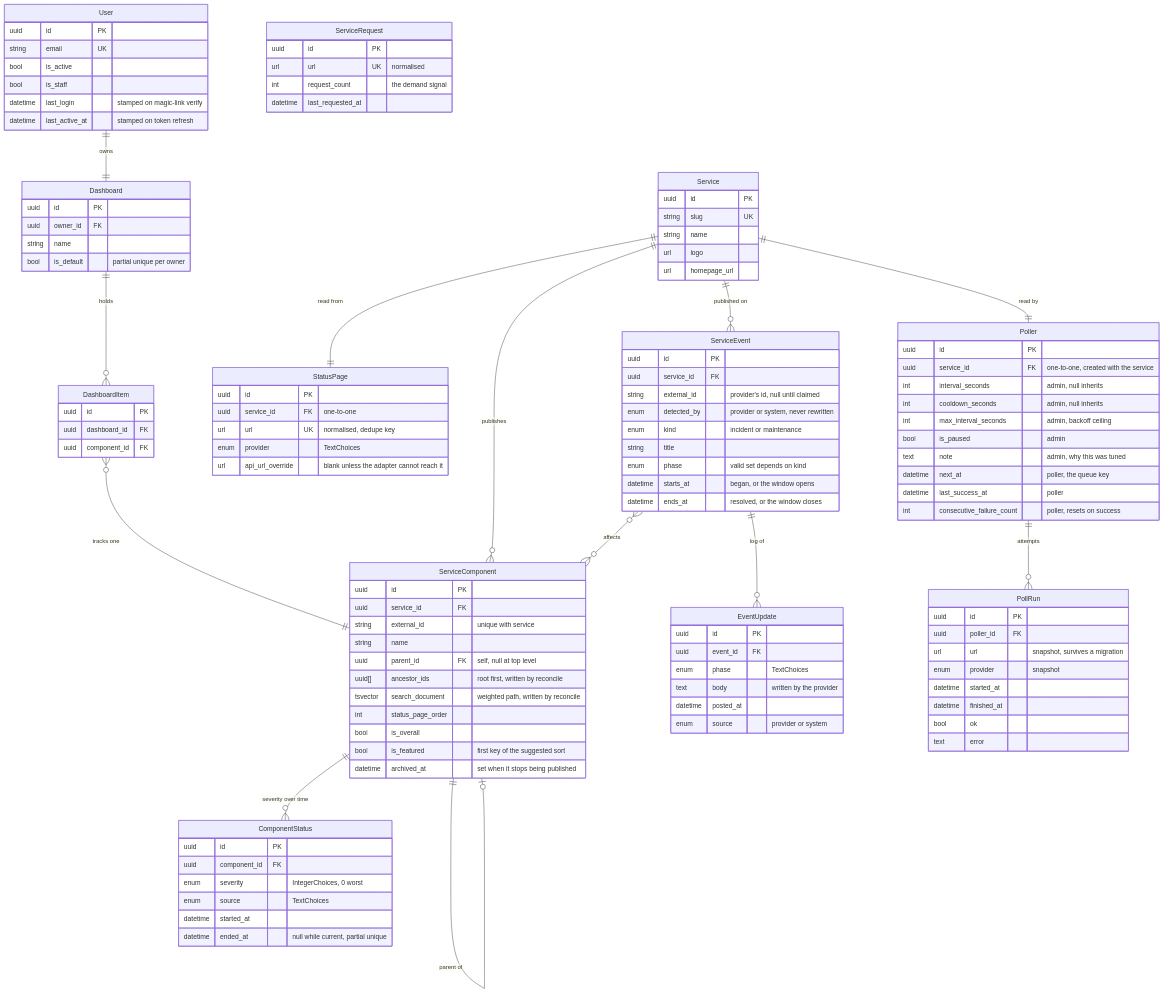
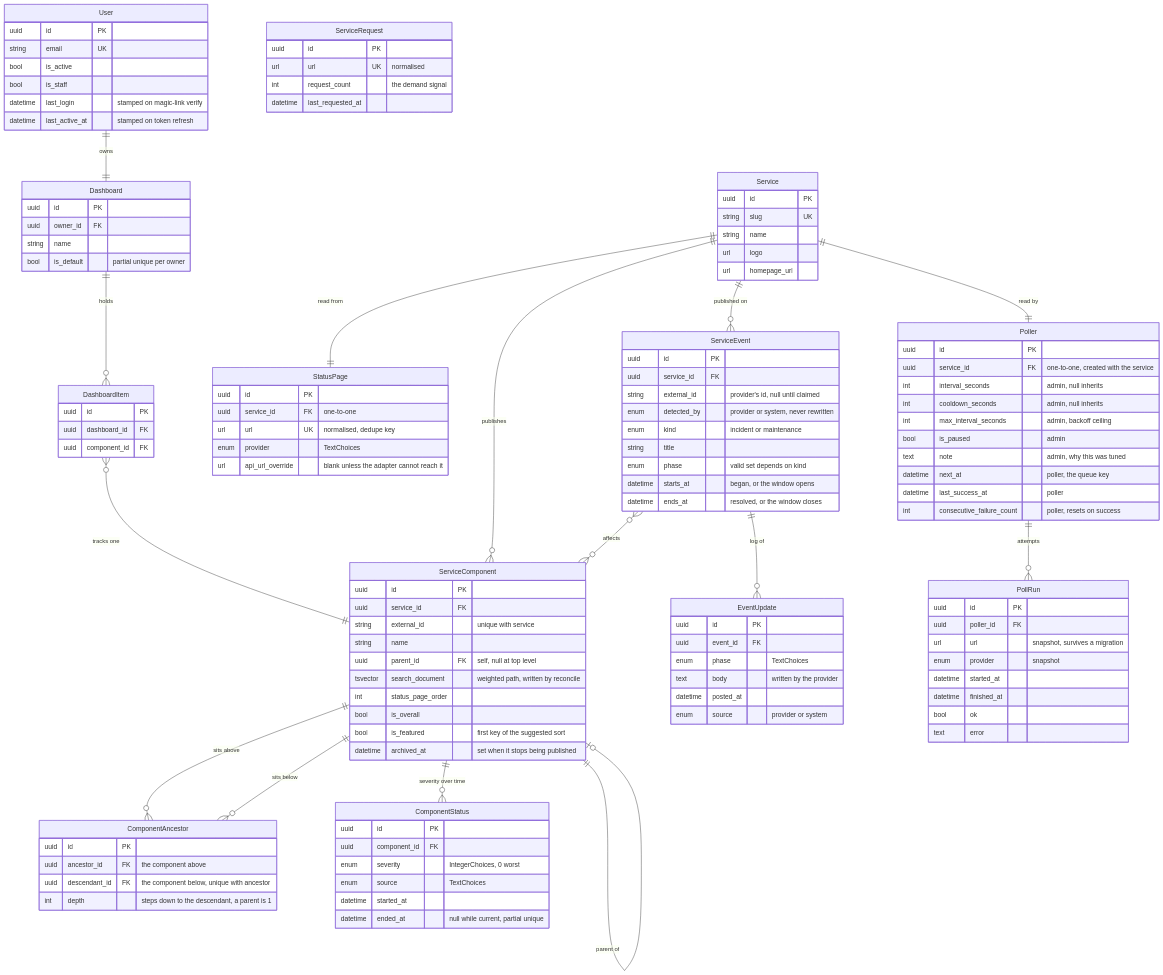
One commit to thalida/statusboard changed the second of 2 diagrams in docs/specs/2026-08-23-statusboard-design.md. Above: the diagram before and after it, drawn with Mermaid. The commit also changed other lines of this file and 2 other files, not shown here.

```diff
--- a/docs/specs/2026-08-23-statusboard-design.md
+++ b/docs/specs/2026-08-23-statusboard-design.md
@@ -154,12 +155,17 @@
         string external_id "unique with service"
         string name
         uuid parent_id FK "self, null at top level"
-        uuid[] ancestor_ids "root first, written by reconcile"
         tsvector search_document "weighted path, written by reconcile"
         int status_page_order
         bool is_overall
         bool is_featured "first key of the suggested sort"
         datetime archived_at "set when it stops being published"
+    }
+    ComponentAncestor {
+        uuid id PK
+        uuid ancestor_id FK "the component above"
+        uuid descendant_id FK "the component below, unique with ancestor"
+        int depth "steps down to the descendant, a parent is 1"
     }
     ComponentStatus {
         uuid id PK
@@ -212,6 +218,8 @@
     Service ||--|| Poller : "read by"
     Service ||--o{ ServiceComponent : publishes
     ServiceComponent ||--o| ServiceComponent : "parent of"
+    ServiceComponent ||--o{ ComponentAncestor : "sits above"
+    ServiceComponent ||--o{ ComponentAncestor : "sits below"
     ServiceComponent ||--o{ ComponentStatus : "severity over time"
     Poller ||--o{ PollRun : "attempts"
     Service ||--o{ ServiceEvent : "published on"
```
